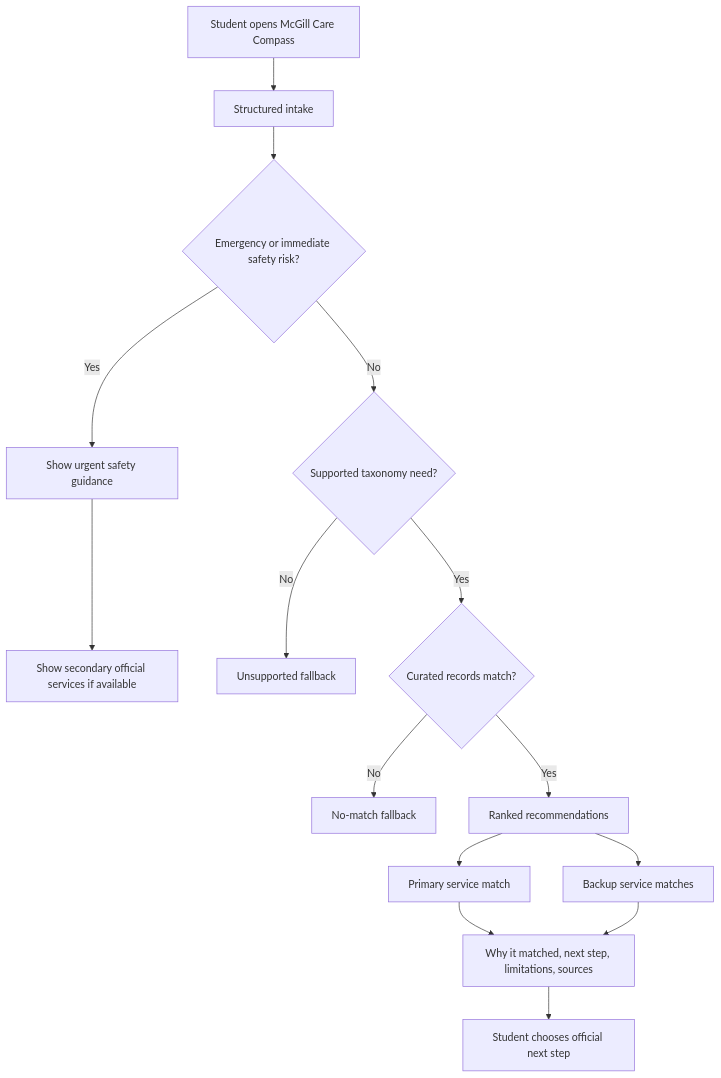
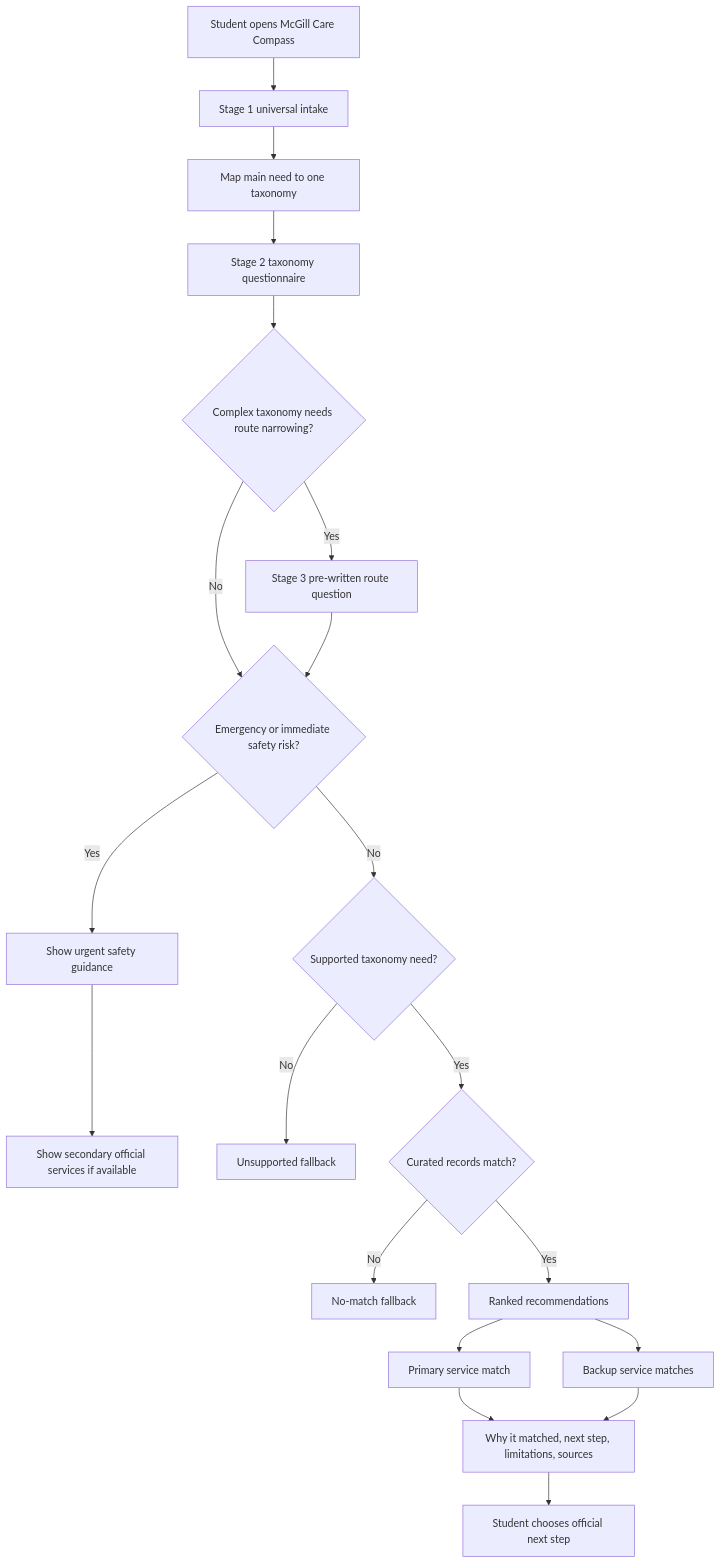
One commit to AbdelazizAhmed314/McGill-Care-Compass changed the first of 4 diagrams in docs/project/User-Journey-and-Prototype-Response-Format.md. Above: the diagram before and after it, drawn with Mermaid. The commit also changed other lines of this file, not shown here.

````diff
--- a/docs/project/User-Journey-and-Prototype-Response-Format.md
+++ b/docs/project/User-Journey-and-Prototype-Response-Format.md
@@ -194,17 +197,22 @@
 ```mermaid
 flowchart TD
-    A[Student opens McGill Care Compass] --> B[Structured intake]
-    B --> C{Emergency or immediate safety risk?}
+    A[Student opens McGill Care Compass] --> B[Stage 1 universal intake]
+    B --> B2[Map main need to one taxonomy]
+    B2 --> B3[Stage 2 taxonomy questionnaire]
+    B3 --> B4{Complex taxonomy needs route narrowing?}
+    B4 -->|Yes| B5[Stage 3 pre-written route question]
+    B4 -->|No| C{Emergency or immediate safety risk?}
+    B5 --> C
     C -->|Yes| D[Show urgent safety guidance]
     D --> E[Show secondary official services if available]
     C -->|No| F{Supported taxonomy need?}
     F -->|No| G[Unsupported fallback]
     F -->|Yes| H{Curated records match?}
     H -->|No| I[No-match fallback]
     H -->|Yes| J[Ranked recommendations]
     J --> K[Primary service match]
     J --> L[Backup service matches]
     K --> M[Why it matched, next step, limitations, sources]
     L --> M
     M --> N[Student chooses official next step]
 ```
````
